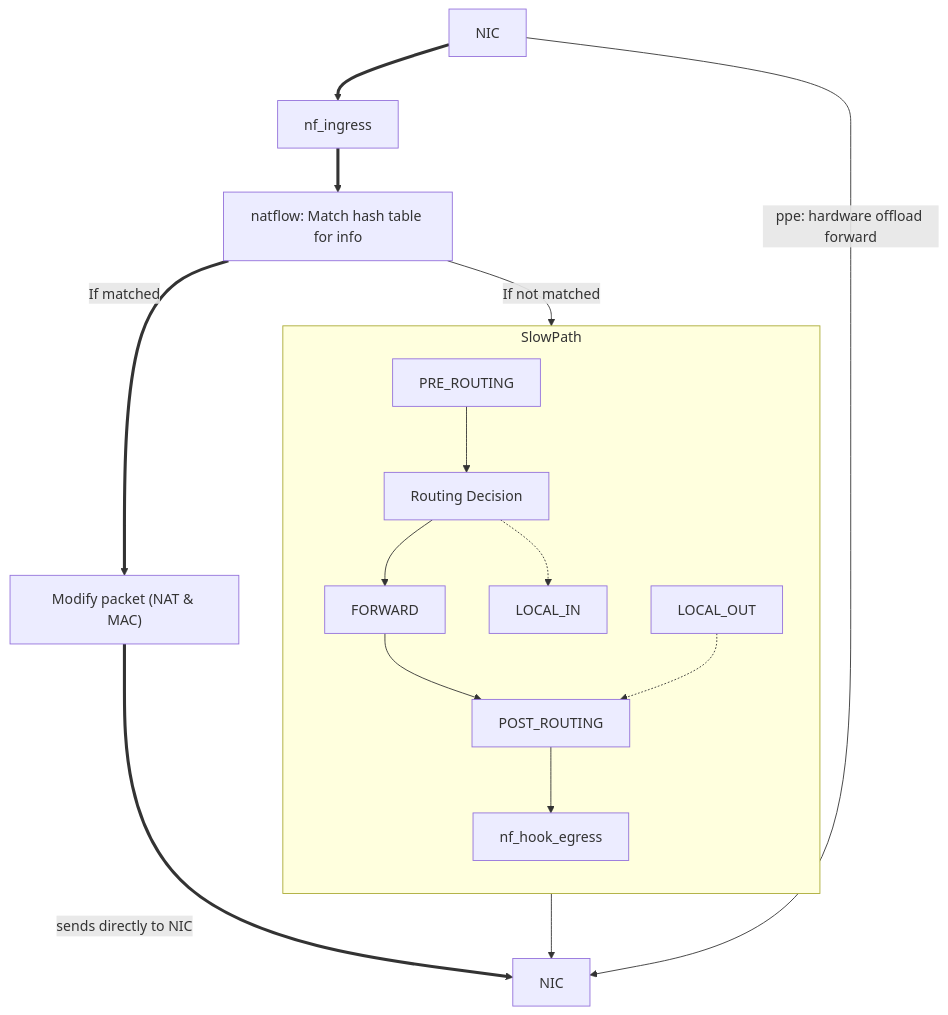
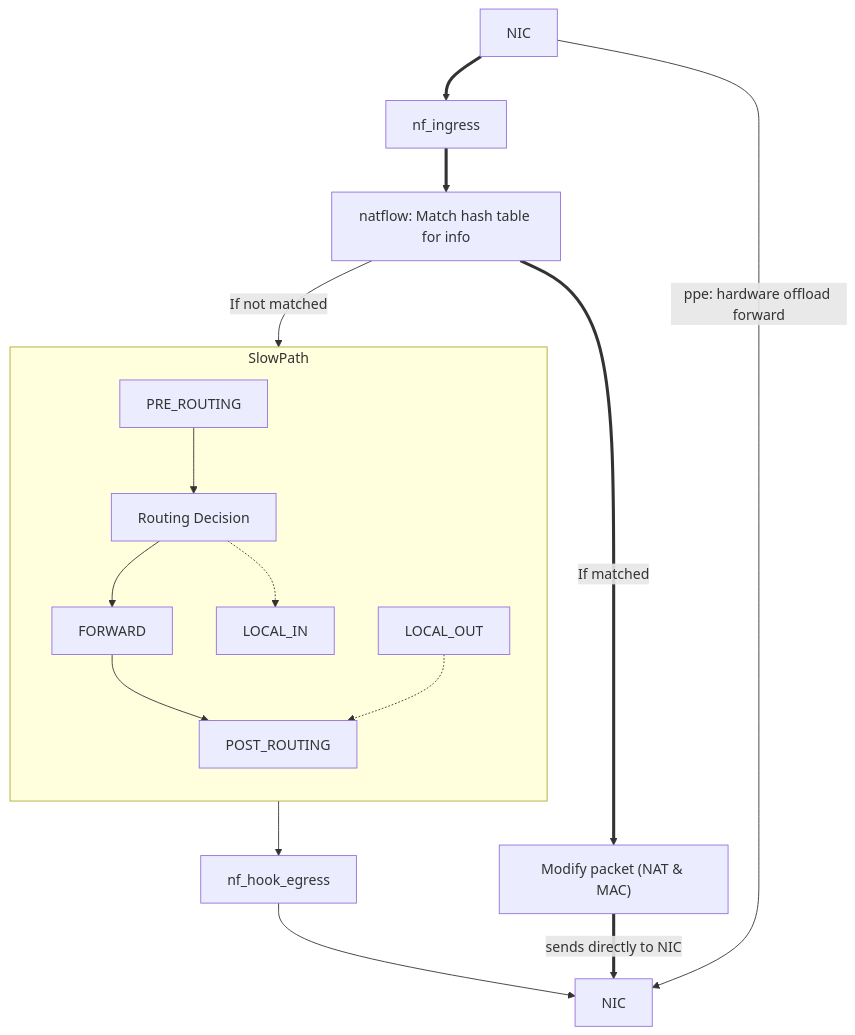
The diagram in README.md (ptpt52/natflow), drawn with Mermaid before and after one commit.

Commit message:
README.md: Adjust nf_hook_egress placement in diagram

````diff
--- a/README.md
+++ b/README.md
@@ -8,19 +8,19 @@
 ```mermaid
 graph TB
     A[NIC] ==> B[nf_ingress]
     B ==> K[natflow: Match hash table for info]
     K --> |If not matched| C[PRE_ROUTING]
     subgraph SlowPath
         direction TB
          C --> D[Routing Decision]
         D --> E[FORWARD]
         E --> F[POST_ROUTING]
-        F --> G[nf_hook_egress]
         D -.-> I[LOCAL_IN]
         J[LOCAL_OUT] -.-> F
     end
+    F --> G[nf_hook_egress]
     G --> H[NIC]
     K ==> |If matched| L["Modify packet (NAT & MAC)"]
     L ==> |sends directly to NIC| H
     A --> |ppe: hardware offload forward| H
 ```
````
